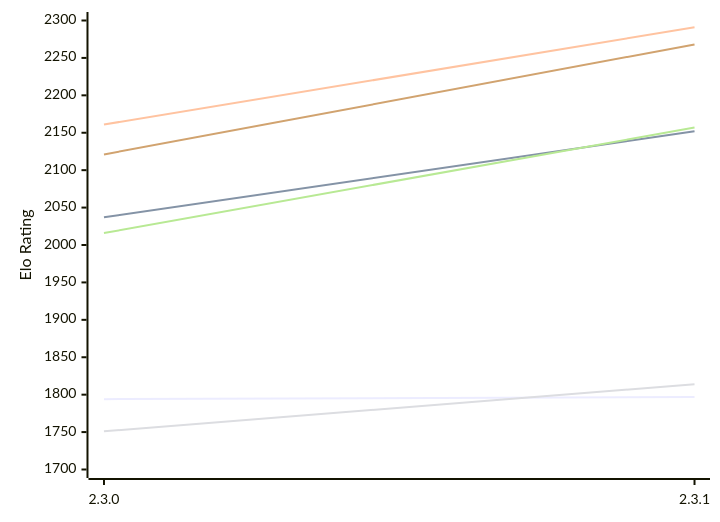
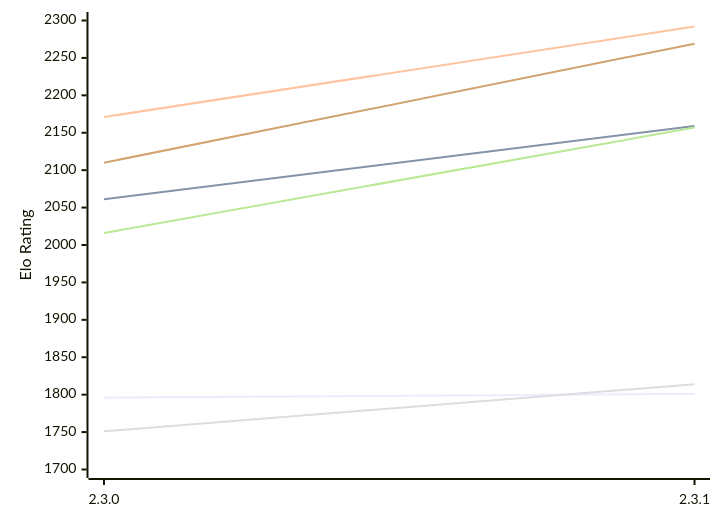
The first of 2 diagrams in engines/Kreveta.md (computer-chess-index/cci), drawn with Mermaid before and after one commit. The commit also changed other lines of this file, not shown here.

Commit message:
Update CCI Ratings (ELO VLTC) - 2026-11-26

````diff
--- a/engines/Kreveta.md
+++ b/engines/Kreveta.md
@@ -59,12 +59,12 @@
 ```mermaid
 %%{init: {"theme":"base","themeVariables":{"seriesColors:['#a3a3a3','#222221','#faa371']}}}%%
 xychart-beta
   x-axis ["2.3.0", "2.3.1"]
   y-axis "Elo Rating" 1700 --> 2300
-  line "E1: STC (8.0+0.08s)" [1794, 1797]
-  line "E1: LTC (60.0+0.60s)" [2037, 2152]
-  line "E1: VLTC (2m24s+1.12s)" [2161, 2291]
+  line "E1: STC (8.0+0.08s)" [1796, 1801]
+  line "E1: LTC (60.0+0.60s)" [2061, 2159]
+  line "E1: VLTC (2m24s+1.12s)" [2171, 2292]
   line "P1: STC (8.0+0.08s)" [1751, 1814]
   line "P1: LTC (60.0+0.60s)" [2016, 2157]
-  line "P1: VLTC (2m24s+1.12s)" [2121, 2268]
+  line "P1: VLTC (2m24s+1.12s)" [2110, 2269]
 ```
````
